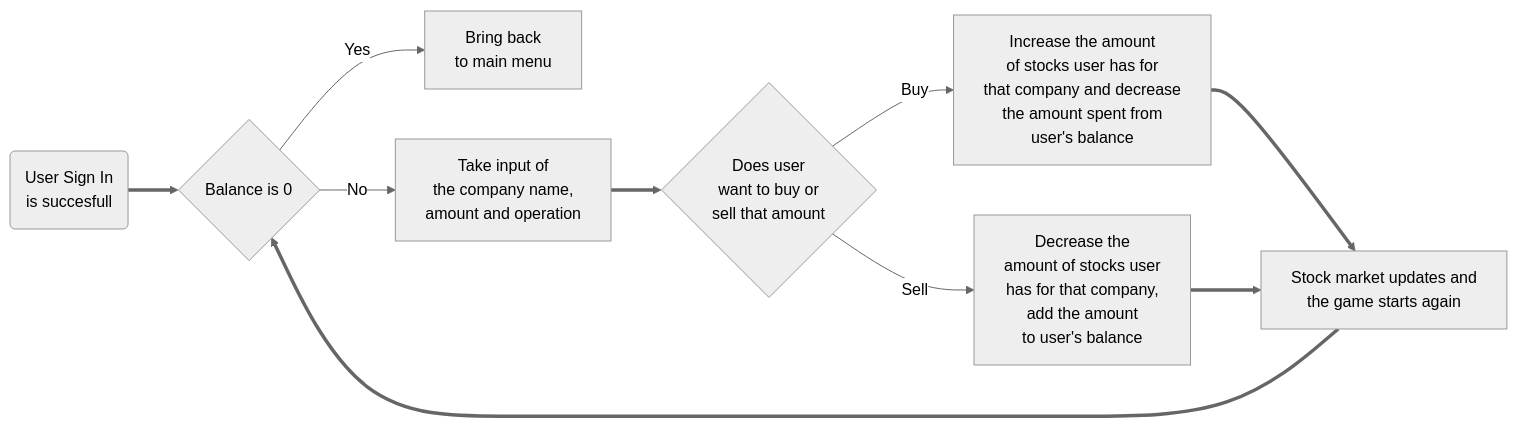
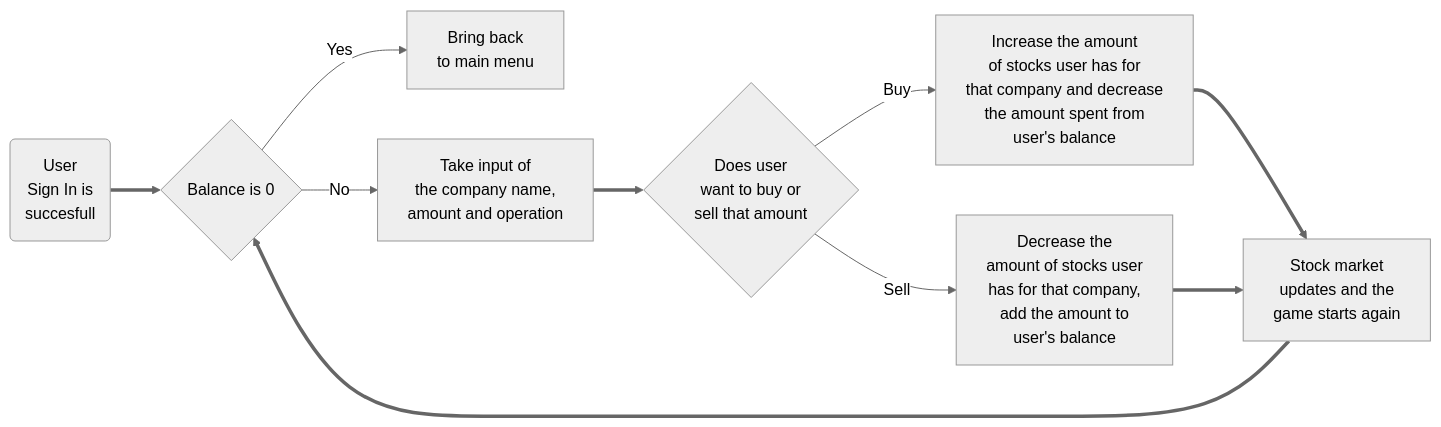
Before and after one commit to namanctrvd/Stocky: the third of 3 diagrams in README.md, drawn with Mermaid (neutral theme). The commit also changed other lines of this file, not shown here.

````diff
--- a/README.md
+++ b/README.md
@@ -37,12 +58,12 @@
 ``` mermaid
 flowchart LR
-    A(User Sign In </br> is succesfull) ==> B{Balance is 0}
+    A(User </br> Sign In is </br>  succesfull) ==> B{Balance is 0}
     B -->|Yes| C[Bring back </br> to main menu]
     B -->|No| D[Take input of </br> the company name, </br> amount and operation]
     D ==> E{Does user </br> want to buy or </br> sell that amount}
-    E -->|Sell| F[Decrease the </br> amount of stocks user </br> has for that company, </br> add the amount </br> to user's balance]
+    E -->|Sell| F[Decrease the </br> amount of stocks user </br> has for that company, </br> add the amount to </br>  user's balance]
     E -->|Buy| G[Increase the amount </br> of stocks user has for </br> that company and decrease </br> the amount spent from </br> user's balance]
-    G ==> H[Stock market updates and </br> the game starts again]
+    G ==> H[Stock market </br>  updates and the </br>  game starts again]
     F ==> H
     H ==> B
 ```
````
